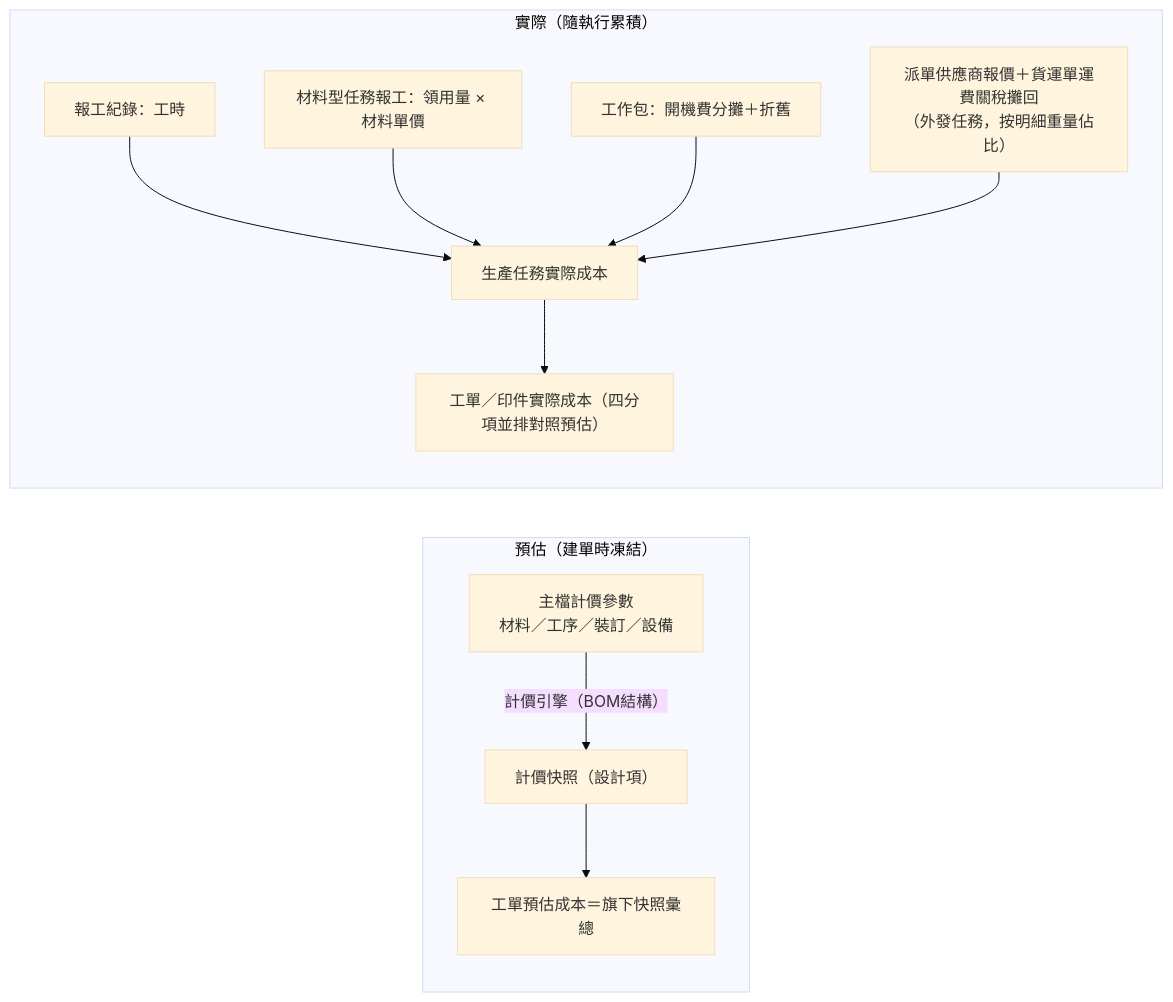
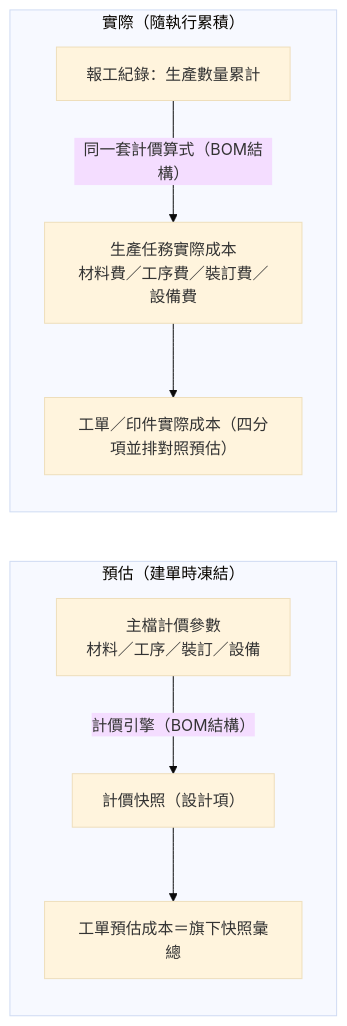
One commit to Kawato-Miles/erp-spec changed the fourth of 4 diagrams in memory/Sens_wiki/wiki/erp/05-entities/範例 - 資料結構總覽.md. Above: the diagram before and after it, drawn with Mermaid (base theme). The commit also changed other lines of this file and 2 other files, not shown here.

Commit message:
fix: 範例 - 資料結構總覽與範例 - 服務藍圖的工作包舉例換成現行成立的例子（派工分組、計畫設備、成本四分項同算式、報工才檢查前置到料）

````diff
--- a/memory/Sens_wiki/wiki/erp/05-entities/範例 - 資料結構總覽.md
+++ b/memory/Sens_wiki/wiki/erp/05-entities/範例 - 資料結構總覽.md
@@ -123,14 +123,11 @@
 ```mermaid
 flowchart LR
     subgraph 預估["預估（建單時凍結）"]
         C1["主檔計價參數<br>材料／工序／裝訂／設備"] -->|"計價引擎（BOM結構）"| C2["計價快照（設計項）"]
         C2 --> C3["工單預估成本＝旗下快照彙總"]
     end
     subgraph 實際["實際（隨執行累積）"]
-        D1["報工紀錄：工時"] --> D5["生產任務實際成本"]
-        D2["材料型任務報工：領用量 × 材料單價"] --> D5
-        D3["工作包：開機費分攤＋折舊"] --> D5
-        D4["派單供應商報價＋貨運單運費關稅攤回<br>（外發任務，按明細重量佔比）"] --> D5
+        D1["報工紀錄：生產數量累計"] -->|"同一套計價算式（BOM結構）"| D5["生產任務實際成本<br>材料費／工序費／裝訂費／設備費"]
         D5 --> D6["工單／印件實際成本（四分項並排對照預估）"]
     end
 ```
````
